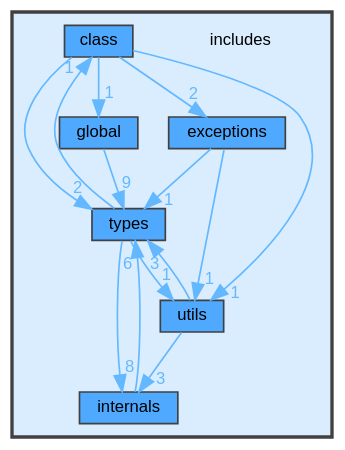
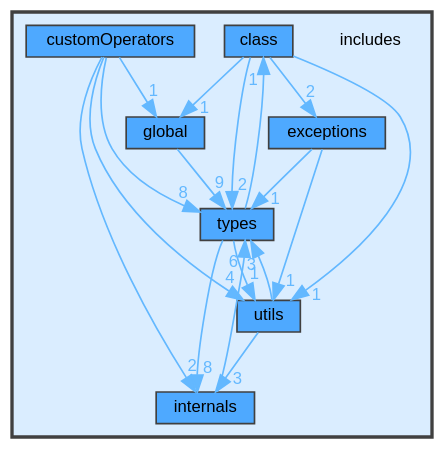
The diagram in dir_09e761304027c904456130627fd4dcf5_dep.dot (JS-CMP/JS-CMP), drawn with Graphviz before and after one commit. The commit also changed 239 other files, not shown here.

```diff
--- a/dir_09e761304027c904456130627fd4dcf5_dep.dot
+++ b/dir_09e761304027c904456130627fd4dcf5_dep.dot
@@ -1,31 +1,36 @@
 digraph "includes"
 {
  // LATEX_PDF_SIZE
   bgcolor="transparent";
   edge [fontname=Helvetica,fontsize=10,labelfontname=Helvetica,labelfontsize=10];
   node [fontname=Helvetica,fontsize=10,shape=box,height=0.2,width=0.4];
   compound=true
   subgraph clusterdir_09e761304027c904456130627fd4dcf5 {
     graph [ bgcolor="#daedff", pencolor="grey25", label="", fontname=Helvetica,fontsize=10 style="filled,bold", URL="dir_09e761304027c904456130627fd4dcf5.html",tooltip=""]
     dir_09e761304027c904456130627fd4dcf5 [shape=plaintext, label="includes"];
   dir_6b079f5d9ee168c5f829c0b23b1fe689 [label="class", fillcolor="#4ea9ff", color="grey25", style="filled", URL="dir_6b079f5d9ee168c5f829c0b23b1fe689.html",tooltip=""];
+  dir_1c63c3c191506360213175317bb3c1a3 [label="customOperators", fillcolor="#4ea9ff", color="grey25", style="filled", URL="dir_1c63c3c191506360213175317bb3c1a3.html",tooltip=""];
   dir_9d0d0bf2421cb00cd559b1154d8640b0 [label="exceptions", fillcolor="#4ea9ff", color="grey25", style="filled", URL="dir_9d0d0bf2421cb00cd559b1154d8640b0.html",tooltip=""];
   dir_ab3240e1f48e07e7724fe257c5d3746b [label="global", fillcolor="#4ea9ff", color="grey25", style="filled", URL="dir_ab3240e1f48e07e7724fe257c5d3746b.html",tooltip=""];
   dir_a9d9b9bbf15479e3064110165d860e33 [label="internals", fillcolor="#4ea9ff", color="grey25", style="filled", URL="dir_a9d9b9bbf15479e3064110165d860e33.html",tooltip=""];
   dir_00373071588607d1d83d0faa600e52a0 [label="types", fillcolor="#4ea9ff", color="grey25", style="filled", URL="dir_00373071588607d1d83d0faa600e52a0.html",tooltip=""];
   dir_3f8feeb2fa3bd0d1b751b257ed9f12a2 [label="utils", fillcolor="#4ea9ff", color="grey25", style="filled", URL="dir_3f8feeb2fa3bd0d1b751b257ed9f12a2.html",tooltip=""];
   }
-  dir_6b079f5d9ee168c5f829c0b23b1fe689->dir_00373071588607d1d83d0faa600e52a0 [headlabel="2", labeldistance=1.5 headhref="dir_000005_000032.html" href="dir_000005_000032.html" color="steelblue1" fontcolor="steelblue1"];
-  dir_6b079f5d9ee168c5f829c0b23b1fe689->dir_3f8feeb2fa3bd0d1b751b257ed9f12a2 [headlabel="1", labeldistance=1.5 headhref="dir_000005_000036.html" href="dir_000005_000036.html" color="steelblue1" fontcolor="steelblue1"];
-  dir_6b079f5d9ee168c5f829c0b23b1fe689->dir_9d0d0bf2421cb00cd559b1154d8640b0 [headlabel="2", labeldistance=1.5 headhref="dir_000005_000008.html" href="dir_000005_000008.html" color="steelblue1" fontcolor="steelblue1"];
-  dir_6b079f5d9ee168c5f829c0b23b1fe689->dir_ab3240e1f48e07e7724fe257c5d3746b [headlabel="1", labeldistance=1.5 headhref="dir_000005_000013.html" href="dir_000005_000013.html" color="steelblue1" fontcolor="steelblue1"];
-  dir_9d0d0bf2421cb00cd559b1154d8640b0->dir_00373071588607d1d83d0faa600e52a0 [headlabel="1", labeldistance=1.5 headhref="dir_000008_000032.html" href="dir_000008_000032.html" color="steelblue1" fontcolor="steelblue1"];
-  dir_9d0d0bf2421cb00cd559b1154d8640b0->dir_3f8feeb2fa3bd0d1b751b257ed9f12a2 [headlabel="1", labeldistance=1.5 headhref="dir_000008_000036.html" href="dir_000008_000036.html" color="steelblue1" fontcolor="steelblue1"];
-  dir_ab3240e1f48e07e7724fe257c5d3746b->dir_00373071588607d1d83d0faa600e52a0 [headlabel="9", labeldistance=1.5 headhref="dir_000013_000032.html" href="dir_000013_000032.html" color="steelblue1" fontcolor="steelblue1"];
-  dir_a9d9b9bbf15479e3064110165d860e33->dir_00373071588607d1d83d0faa600e52a0 [headlabel="6", labeldistance=1.5 headhref="dir_000016_000032.html" href="dir_000016_000032.html" color="steelblue1" fontcolor="steelblue1"];
-  dir_00373071588607d1d83d0faa600e52a0->dir_3f8feeb2fa3bd0d1b751b257ed9f12a2 [headlabel="1", labeldistance=1.5 headhref="dir_000032_000036.html" href="dir_000032_000036.html" color="steelblue1" fontcolor="steelblue1"];
-  dir_00373071588607d1d83d0faa600e52a0->dir_6b079f5d9ee168c5f829c0b23b1fe689 [headlabel="1", labeldistance=1.5 headhref="dir_000032_000005.html" href="dir_000032_000005.html" color="steelblue1" fontcolor="steelblue1"];
-  dir_00373071588607d1d83d0faa600e52a0->dir_a9d9b9bbf15479e3064110165d860e33 [headlabel="8", labeldistance=1.5 headhref="dir_000032_000016.html" href="dir_000032_000016.html" color="steelblue1" fontcolor="steelblue1"];
-  dir_3f8feeb2fa3bd0d1b751b257ed9f12a2->dir_00373071588607d1d83d0faa600e52a0 [headlabel="3", labeldistance=1.5 headhref="dir_000036_000032.html" href="dir_000036_000032.html" color="steelblue1" fontcolor="steelblue1"];
-  dir_3f8feeb2fa3bd0d1b751b257ed9f12a2->dir_a9d9b9bbf15479e3064110165d860e33 [headlabel="3", labeldistance=1.5 headhref="dir_000036_000016.html" href="dir_000036_000016.html" color="steelblue1" fontcolor="steelblue1"];
+  dir_6b079f5d9ee168c5f829c0b23b1fe689->dir_00373071588607d1d83d0faa600e52a0 [headlabel="2", labeldistance=1.5 headhref="dir_000005_000033.html" href="dir_000005_000033.html" color="steelblue1" fontcolor="steelblue1"];
+  dir_6b079f5d9ee168c5f829c0b23b1fe689->dir_3f8feeb2fa3bd0d1b751b257ed9f12a2 [headlabel="1", labeldistance=1.5 headhref="dir_000005_000037.html" href="dir_000005_000037.html" color="steelblue1" fontcolor="steelblue1"];
+  dir_6b079f5d9ee168c5f829c0b23b1fe689->dir_9d0d0bf2421cb00cd559b1154d8640b0 [headlabel="2", labeldistance=1.5 headhref="dir_000005_000009.html" href="dir_000005_000009.html" color="steelblue1" fontcolor="steelblue1"];
+  dir_6b079f5d9ee168c5f829c0b23b1fe689->dir_ab3240e1f48e07e7724fe257c5d3746b [headlabel="1", labeldistance=1.5 headhref="dir_000005_000014.html" href="dir_000005_000014.html" color="steelblue1" fontcolor="steelblue1"];
+  dir_1c63c3c191506360213175317bb3c1a3->dir_00373071588607d1d83d0faa600e52a0 [headlabel="8", labeldistance=1.5 headhref="dir_000008_000033.html" href="dir_000008_000033.html" color="steelblue1" fontcolor="steelblue1"];
+  dir_1c63c3c191506360213175317bb3c1a3->dir_3f8feeb2fa3bd0d1b751b257ed9f12a2 [headlabel="4", labeldistance=1.5 headhref="dir_000008_000037.html" href="dir_000008_000037.html" color="steelblue1" fontcolor="steelblue1"];
+  dir_1c63c3c191506360213175317bb3c1a3->dir_a9d9b9bbf15479e3064110165d860e33 [headlabel="2", labeldistance=1.5 headhref="dir_000008_000017.html" href="dir_000008_000017.html" color="steelblue1" fontcolor="steelblue1"];
+  dir_1c63c3c191506360213175317bb3c1a3->dir_ab3240e1f48e07e7724fe257c5d3746b [headlabel="1", labeldistance=1.5 headhref="dir_000008_000014.html" href="dir_000008_000014.html" color="steelblue1" fontcolor="steelblue1"];
+  dir_9d0d0bf2421cb00cd559b1154d8640b0->dir_00373071588607d1d83d0faa600e52a0 [headlabel="1", labeldistance=1.5 headhref="dir_000009_000033.html" href="dir_000009_000033.html" color="steelblue1" fontcolor="steelblue1"];
+  dir_9d0d0bf2421cb00cd559b1154d8640b0->dir_3f8feeb2fa3bd0d1b751b257ed9f12a2 [headlabel="1", labeldistance=1.5 headhref="dir_000009_000037.html" href="dir_000009_000037.html" color="steelblue1" fontcolor="steelblue1"];
+  dir_ab3240e1f48e07e7724fe257c5d3746b->dir_00373071588607d1d83d0faa600e52a0 [headlabel="9", labeldistance=1.5 headhref="dir_000014_000033.html" href="dir_000014_000033.html" color="steelblue1" fontcolor="steelblue1"];
+  dir_a9d9b9bbf15479e3064110165d860e33->dir_00373071588607d1d83d0faa600e52a0 [headlabel="6", labeldistance=1.5 headhref="dir_000017_000033.html" href="dir_000017_000033.html" color="steelblue1" fontcolor="steelblue1"];
+  dir_00373071588607d1d83d0faa600e52a0->dir_3f8feeb2fa3bd0d1b751b257ed9f12a2 [headlabel="1", labeldistance=1.5 headhref="dir_000033_000037.html" href="dir_000033_000037.html" color="steelblue1" fontcolor="steelblue1"];
+  dir_00373071588607d1d83d0faa600e52a0->dir_6b079f5d9ee168c5f829c0b23b1fe689 [headlabel="1", labeldistance=1.5 headhref="dir_000033_000005.html" href="dir_000033_000005.html" color="steelblue1" fontcolor="steelblue1"];
+  dir_00373071588607d1d83d0faa600e52a0->dir_a9d9b9bbf15479e3064110165d860e33 [headlabel="8", labeldistance=1.5 headhref="dir_000033_000017.html" href="dir_000033_000017.html" color="steelblue1" fontcolor="steelblue1"];
+  dir_3f8feeb2fa3bd0d1b751b257ed9f12a2->dir_00373071588607d1d83d0faa600e52a0 [headlabel="3", labeldistance=1.5 headhref="dir_000037_000033.html" href="dir_000037_000033.html" color="steelblue1" fontcolor="steelblue1"];
+  dir_3f8feeb2fa3bd0d1b751b257ed9f12a2->dir_a9d9b9bbf15479e3064110165d860e33 [headlabel="3", labeldistance=1.5 headhref="dir_000037_000017.html" href="dir_000037_000017.html" color="steelblue1" fontcolor="steelblue1"];
 }
```
